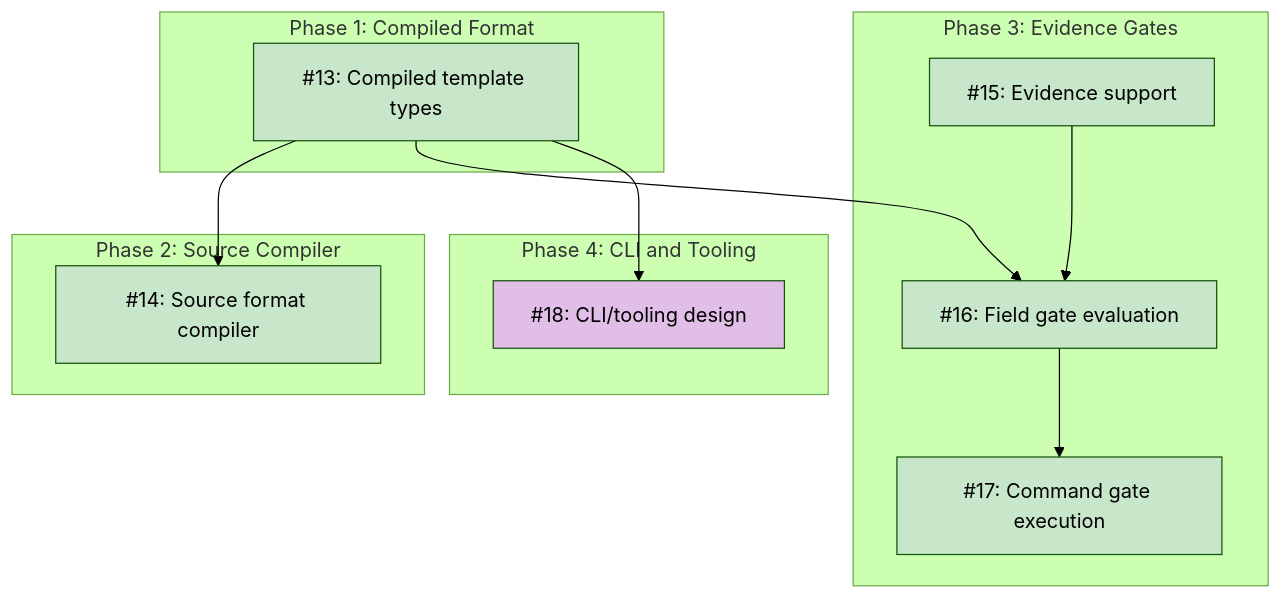
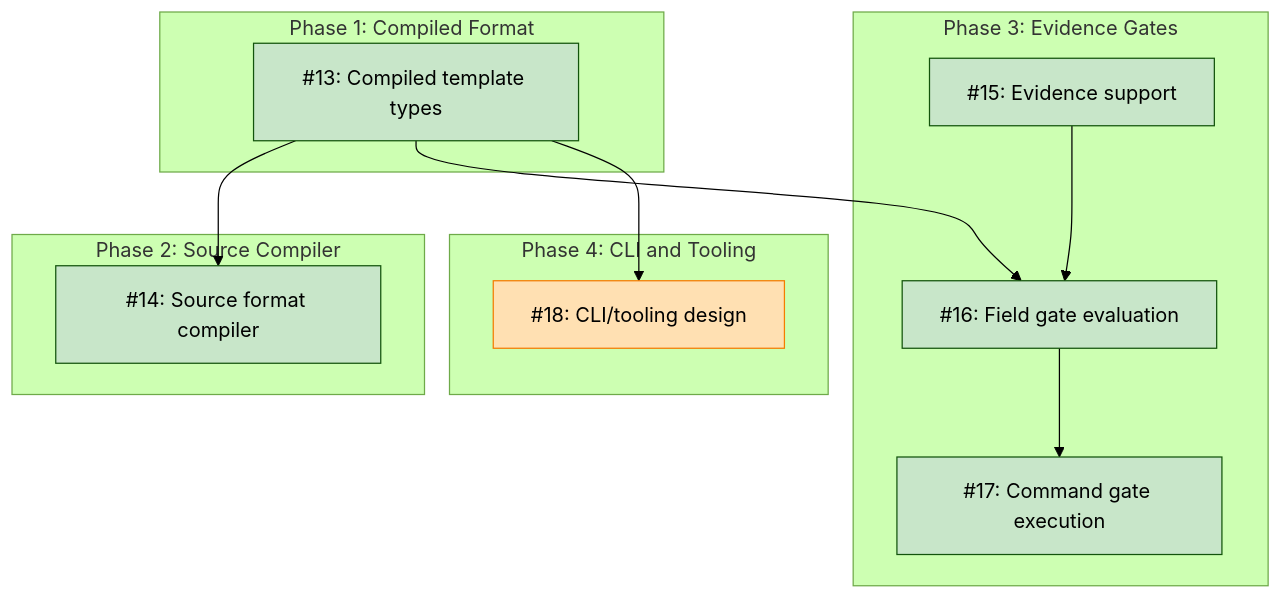
The diagram in docs/designs/DESIGN-koto-template-format.md (tsukumogami/koto), drawn with Mermaid (forest theme) before and after one commit. The commit also changed other lines of this file and 1 other file, not shown here.

Commit message:
docs(koto-template-format): track child design for #18

````diff
--- a/docs/designs/DESIGN-koto-template-format.md
+++ b/docs/designs/DESIGN-koto-template-format.md
@@ -51,35 +52,35 @@
 ```mermaid
 graph TD
     subgraph Phase1["Phase 1: Compiled Format"]
         I13["#13: Compiled template types"]
     end
 
     subgraph Phase2["Phase 2: Source Compiler"]
         I14["#14: Source format compiler"]
     end
 
     subgraph Phase3["Phase 3: Evidence Gates"]
         I15["#15: Evidence support"]
         I16["#16: Field gate evaluation"]
         I17["#17: Command gate execution"]
     end
 
     subgraph Phase4["Phase 4: CLI and Tooling"]
         I18["#18: CLI/tooling design"]
     end
 
     I13 --> I14
     I13 --> I16
     I13 --> I18
     I15 --> I16
     I16 --> I17
 
     classDef done fill:#c8e6c9
     classDef ready fill:#bbdefb
     classDef blocked fill:#fff9c4
     classDef needsDesign fill:#e1bee7
     classDef tracksDesign fill:#FFE0B2,stroke:#F57C00,color:#000
 
     class I13,I14,I15,I16,I17 done
-    class I18 needsDesign
+    class I18 tracksDesign
 ```
````
